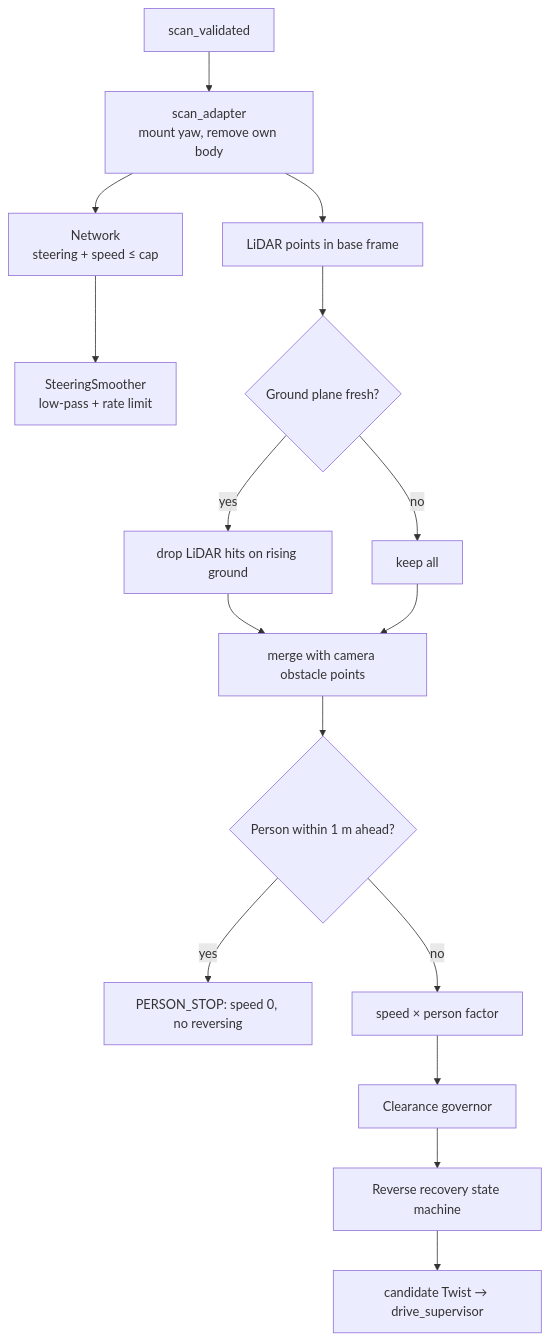
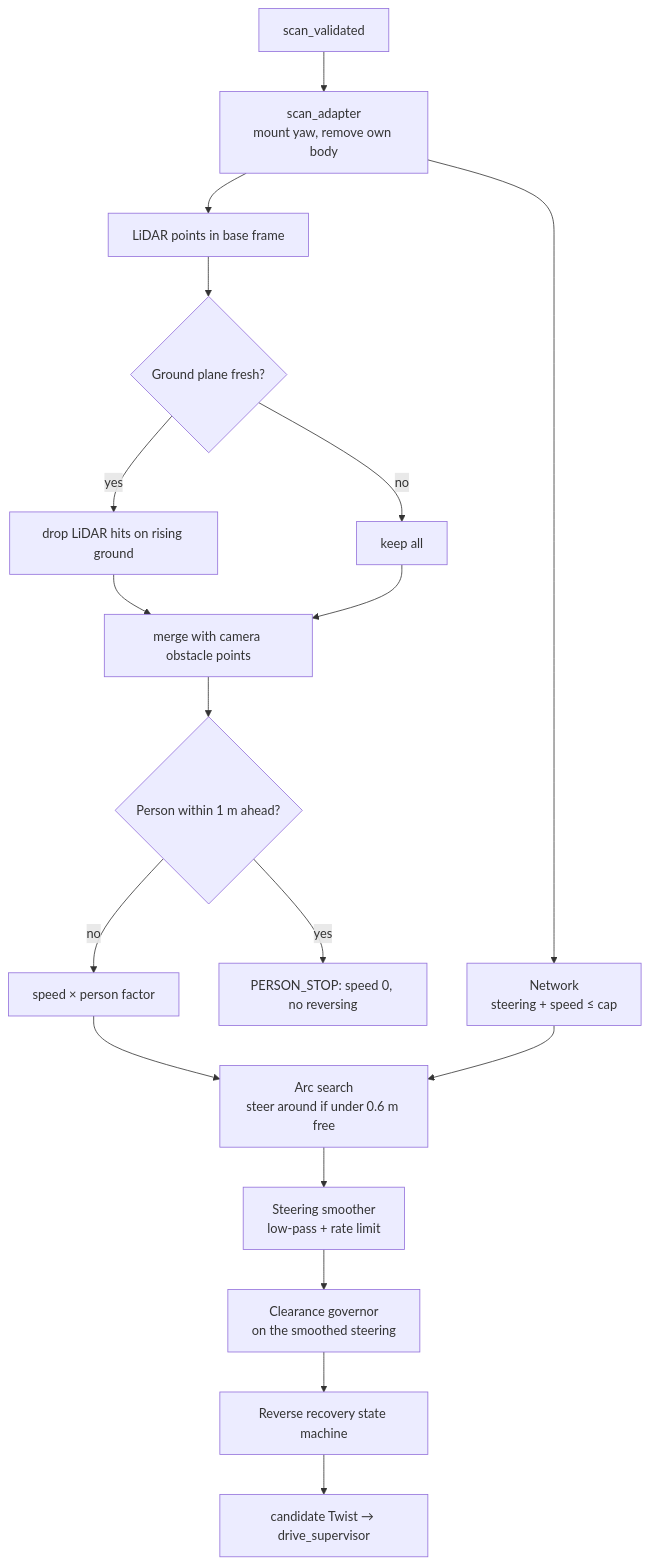
The first of 2 diagrams in docs/learned_driver/05_runtime_safety.md (SamyakGangwal/Project_LAKSA), drawn with Mermaid before and after one commit. The commit also changed other lines of this file and 9 other files, not shown here.

First line of the commit message:
Steer around obstacles instead of stopping for them

````diff
--- a/docs/learned_driver/05_runtime_safety.md
+++ b/docs/learned_driver/05_runtime_safety.md
@@ -11,17 +11,18 @@
 ```mermaid
 flowchart TB
     A[scan_validated] --> B[scan_adapter<br/>mount yaw, remove own body]
     B --> C[Network<br/>steering + speed ≤ cap]
-    C --> D[SteeringSmoother<br/>low-pass + rate limit]
     B --> E[LiDAR points in base frame]
     E --> F{Ground plane fresh?}
     F -->|yes| G[drop LiDAR hits on rising ground]
     F -->|no| H[keep all]
     G & H --> I[merge with camera obstacle points]
     I --> J{Person within 1 m ahead?}
     J -->|yes| K[PERSON_STOP: speed 0, no reversing]
     J -->|no| L[speed × person factor]
-    L --> M[Clearance governor]
+    L --> AV[Arc search<br/>steer around if under 0.6 m free]
+    C --> AV
+    AV --> SM[Steering smoother<br/>low-pass + rate limit] --> M[Clearance governor<br/>on the smoothed steering]
     M --> N[Reverse recovery state machine]
     N --> O[candidate Twist → drive_supervisor]
 ```
````
